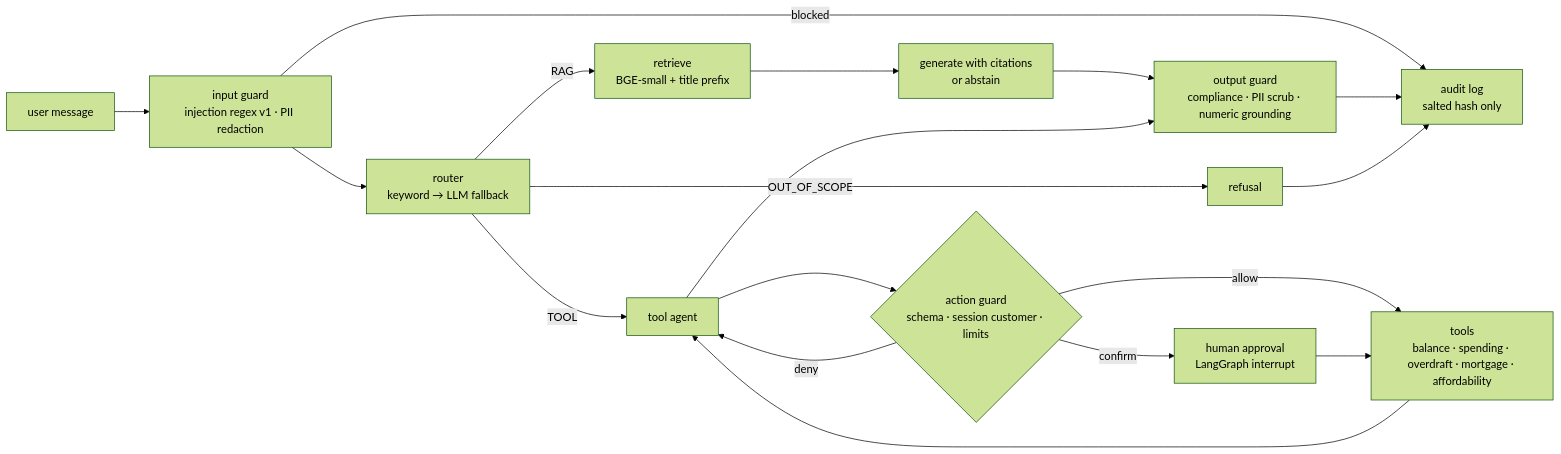
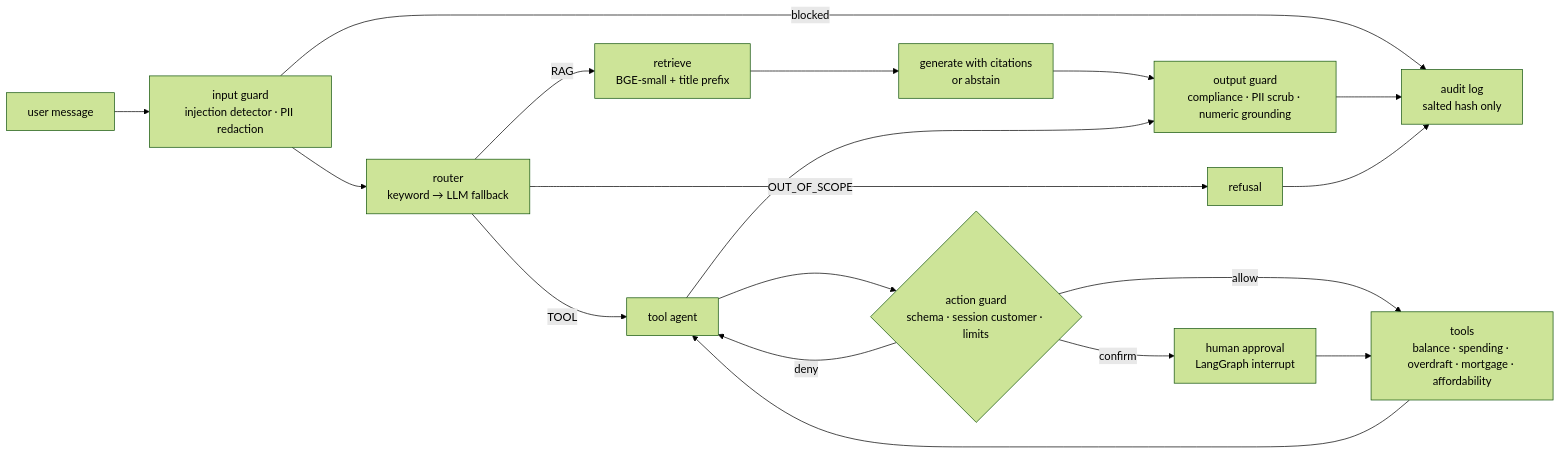
Before and after one commit to ALI-AL-MARJANI/Secure-Financial-AI-Agent: the diagram in README.md, drawn with Mermaid (forest theme). The commit also changed other lines of this file and 4 other files, not shown here.

````diff
--- a/README.md
+++ b/README.md
@@ -34,16 +33,16 @@
 ```mermaid
 flowchart LR
-  U[user message] --> IG[input guard<br/>injection regex v1 · PII redaction]
+  U[user message] --> IG[input guard<br/>injection detector · PII redaction]
   IG -- blocked --> AU[audit log<br/>salted hash only]
   IG --> R[router<br/>keyword → LLM fallback]
   R -- RAG --> RET[retrieve<br/>BGE-small + title prefix] --> GEN[generate with citations<br/>or abstain]
   R -- TOOL --> TA[tool agent] --> AG{action guard<br/>schema · session customer · limits}
   AG -- allow --> T[tools<br/>balance · spending · overdraft · mortgage · affordability]
   AG -- confirm --> H[human approval<br/>LangGraph interrupt] --> T
   AG -- deny --> TA
   T --> TA
   R -- OUT_OF_SCOPE --> REF[refusal]
   GEN --> OG[output guard<br/>compliance · PII scrub · numeric grounding]
   TA --> OG --> AU
   REF --> AU
 ```
````
